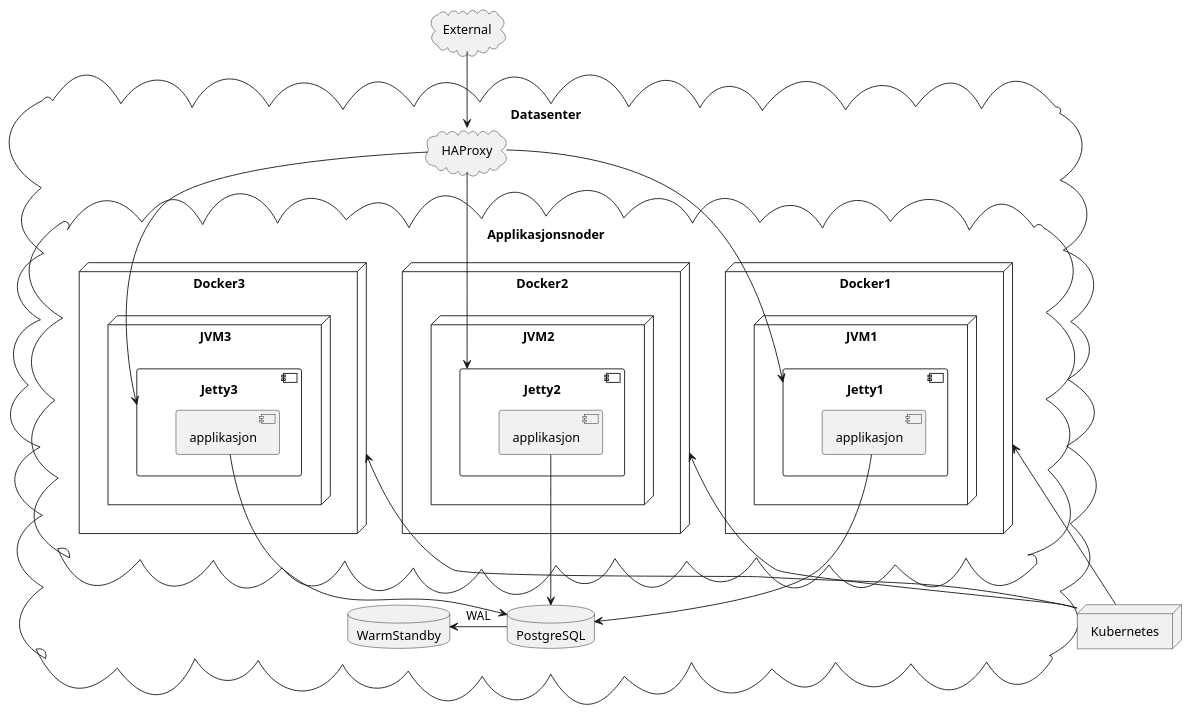
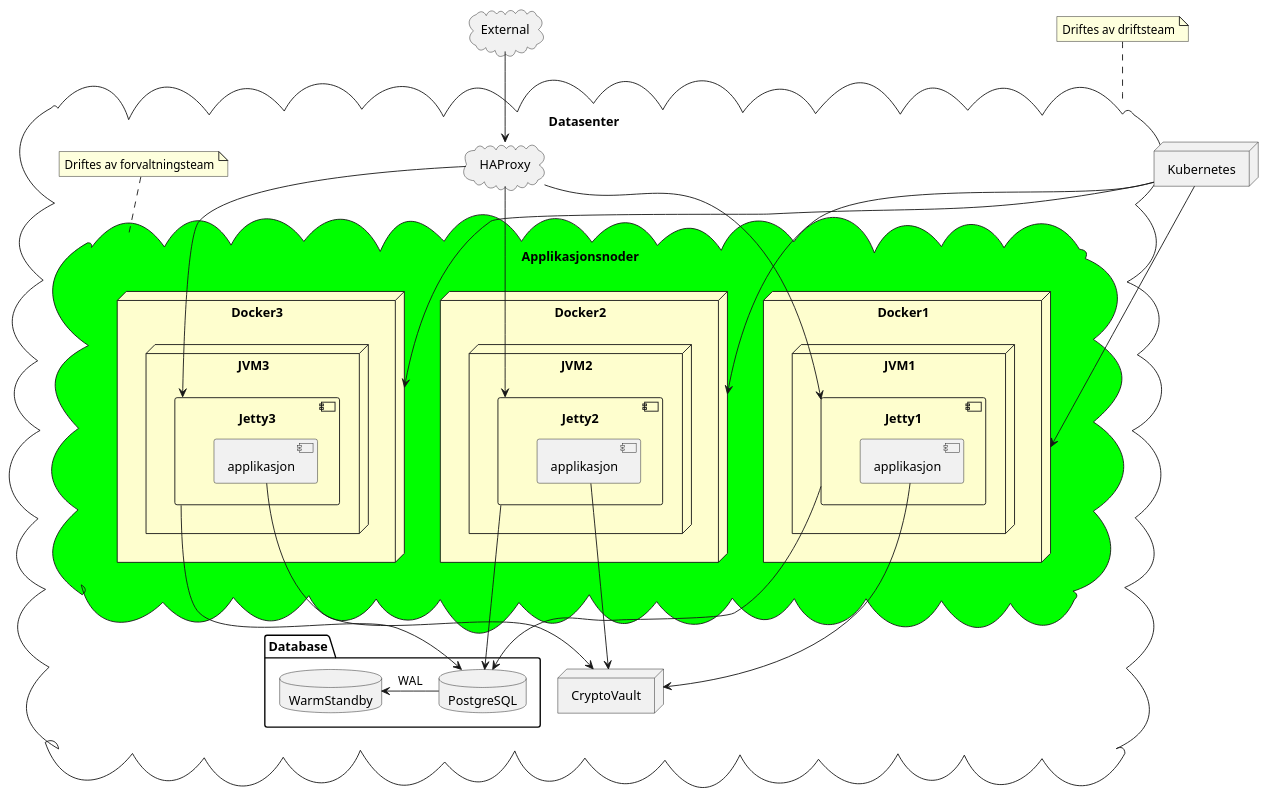
Before and after one commit to sopra-steria-norge/pharmacy.no: the diagram in doc/container-reference-paas.puml, drawn with PlantUML. The commit also changed 11 other files, not shown here.

```diff
--- a/doc/container-reference-paas.puml
+++ b/doc/container-reference-paas.puml
@@ -1,52 +1,62 @@
 @startuml
 
 cloud External
 
 cloud Datasenter {
     cloud HAProxy
     External -down-> HAProxy
 
-    cloud Applikasjonsnoder {
-        node Docker3 {
+    cloud Applikasjonsnoder #lime {
+        node Docker3 #FEFECE {
             node JVM3 {
                 component Jetty3 {
                     component App3 as "applikasjon"
                 }
             }
         }
-        node Docker2 {
+        node Docker2 #FEFECE {
             node JVM2 {
                 component Jetty2 {
                     component App2 as "applikasjon"
                 }
             }
         }
-        node Docker1 {
+        node Docker1 #FEFECE {
             node JVM1 {
                 component Jetty1 {
                     component App1 as "applikasjon"
                 }
             }
         }
 
         HAProxy -down-> Jetty1
         HAProxy -down-> Jetty2
         HAProxy -down-> Jetty3
     }
+    
+    note top of Applikasjonsnoder: Driftes av forvaltningsteam
 
-    database PostgreSQL
-    App3 -down-> PostgreSQL
-    App2 -down-> PostgreSQL
-    App1 -down-> PostgreSQL
+    package Database {
+        database PostgreSQL
+        database WarmStandby
+    }
+    Jetty3 -down-> PostgreSQL
+    Jetty2 -down-> PostgreSQL
+    Jetty1 -down-> PostgreSQL
 
-    database WarmStandby
     PostgreSQL -left-> WarmStandby: WAL
+    
+    node CryptoVault
+    App1 -down-> CryptoVault
+    App2 -down-> CryptoVault
+    App3 -down-> CryptoVault
 }
 node Kubernetes
 
-Kubernetes -up-> Docker1
-Kubernetes -up-> Docker2
-Kubernetes -up-> Docker3
+Kubernetes -down-> Docker1
+Kubernetes -down-> Docker2
+Kubernetes -down-> Docker3
 
+note top of Datasenter: Driftes av driftsteam
 
 @enduml
```
